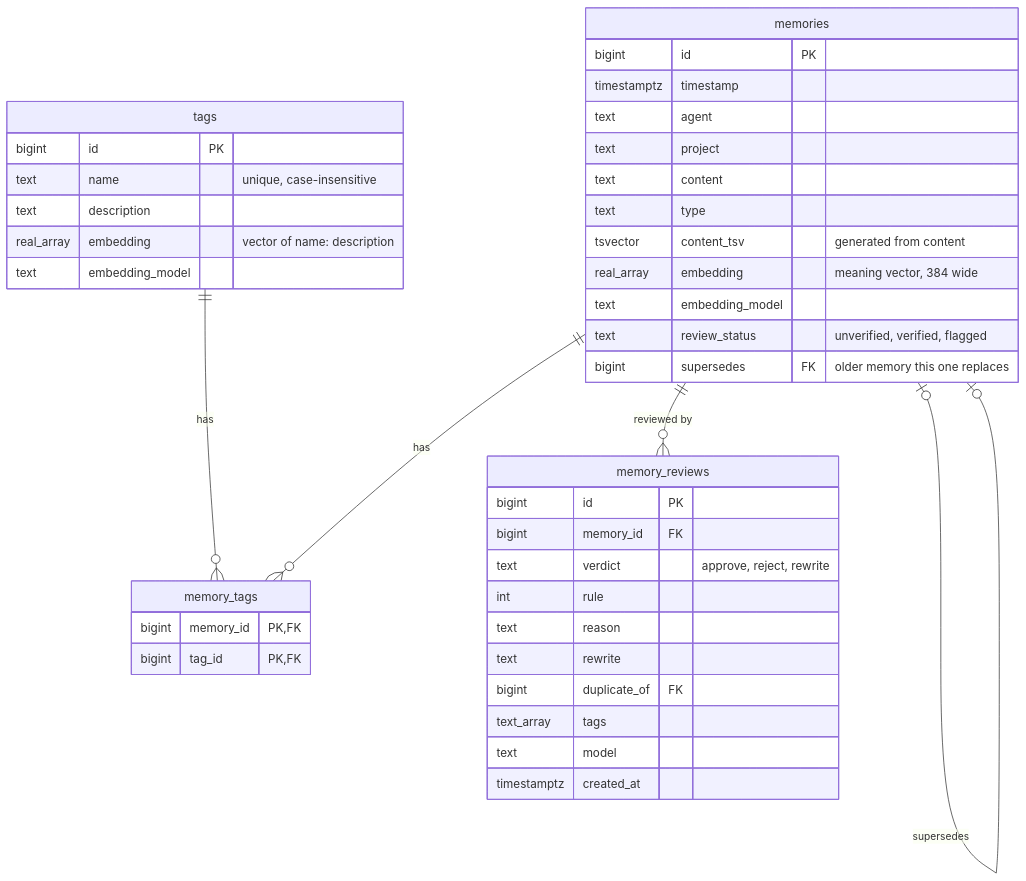
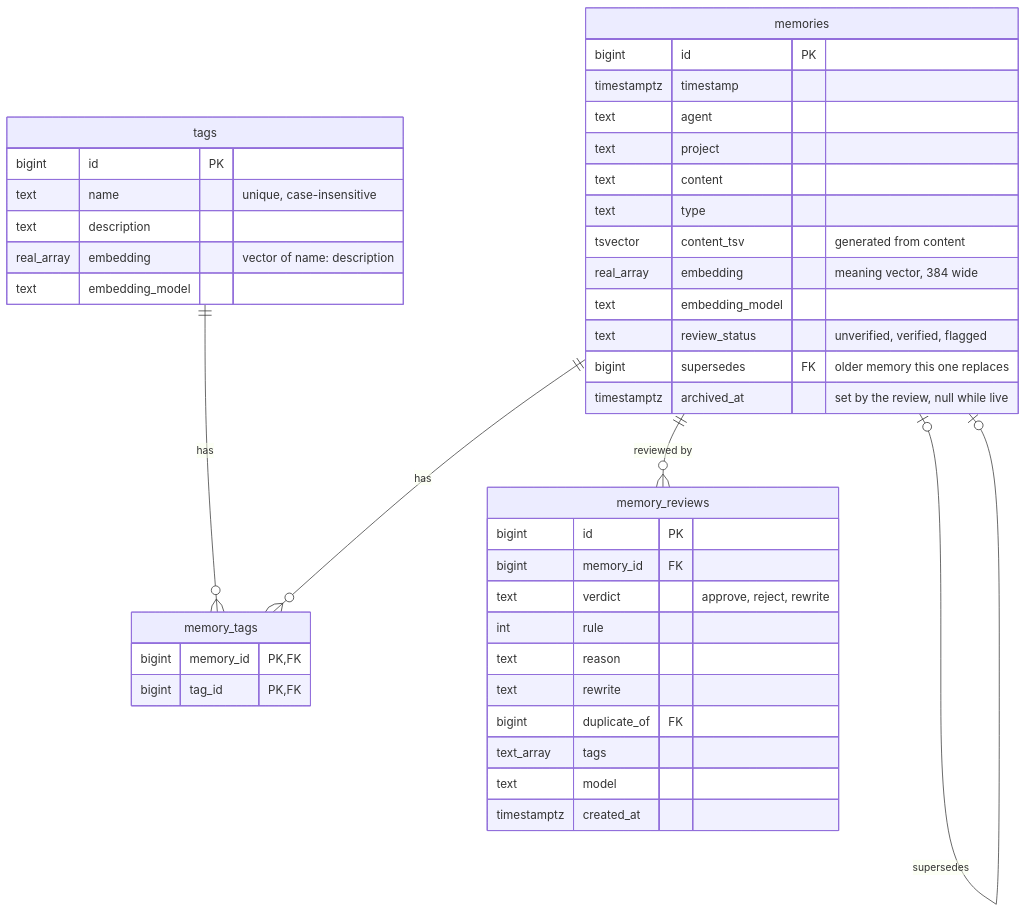
One commit to kdop/agent-memory changed the second of 8 diagrams in ARCHITECTURE.md. Above: the diagram before and after it, drawn with Mermaid. The commit also changed other lines of this file and 23 other files, not shown here.

````diff
--- a/ARCHITECTURE.md
+++ b/ARCHITECTURE.md
@@ -62,44 +62,45 @@
 ```mermaid
 erDiagram
     memories ||--o{ memory_tags : has
     tags ||--o{ memory_tags : has
     memories ||--o{ memory_reviews : "reviewed by"
     memories o|--o| memories : supersedes
 
     memories {
         bigint id PK
         timestamptz timestamp
         text agent
         text project
         text content
         text type
         tsvector content_tsv "generated from content"
         real_array embedding "meaning vector, 384 wide"
         text embedding_model
         text review_status "unverified, verified, flagged"
         bigint supersedes FK "older memory this one replaces"
+        timestamptz archived_at "set by the review, null while live"
     }
     memory_reviews {
         bigint id PK
         bigint memory_id FK
         text verdict "approve, reject, rewrite"
         int rule
         text reason
         text rewrite
         bigint duplicate_of FK
         text_array tags
         text model
         timestamptz created_at
     }
     tags {
         bigint id PK
         text name "unique, case-insensitive"
         text description
         real_array embedding "vector of name: description"
         text embedding_model
     }
     memory_tags {
         bigint memory_id PK, FK
         bigint tag_id PK, FK
     }
 ```
````
